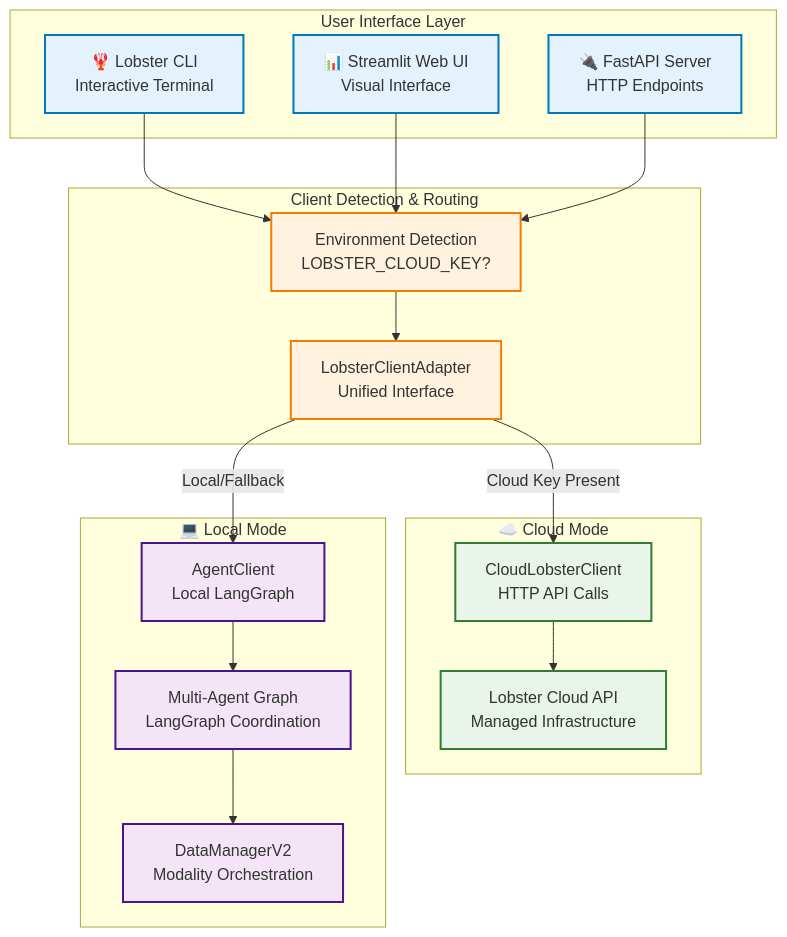
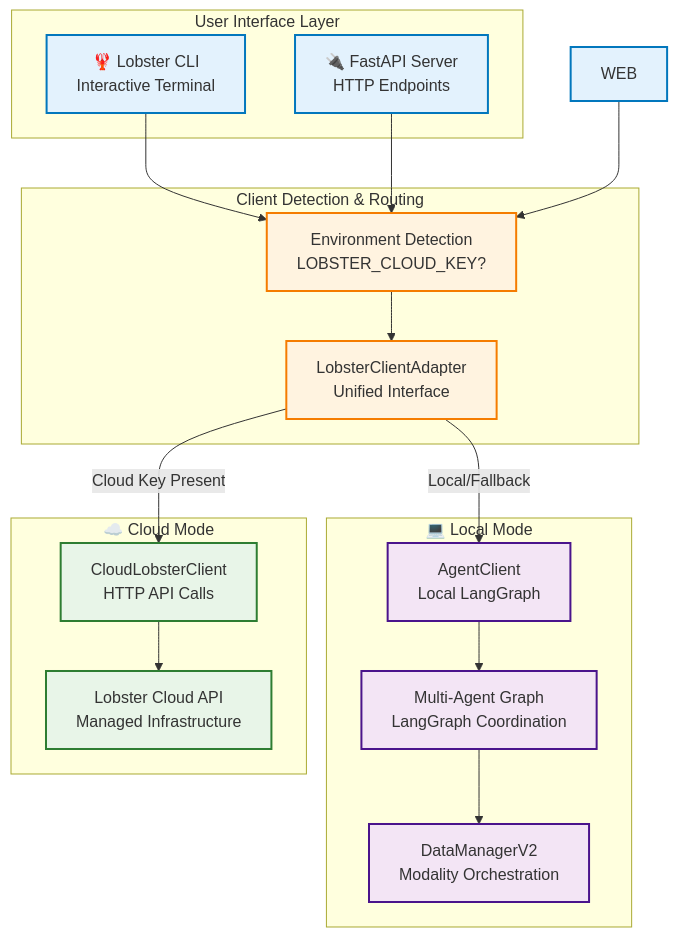
Before and after one commit to the-omics-os/lobster: the first of 5 diagrams in wiki/18-architecture-overview.md, drawn with Mermaid. The commit also changed other lines of this file and 5 other files, not shown here.

````diff
--- a/wiki/18-architecture-overview.md
+++ b/wiki/18-architecture-overview.md
@@ -18,46 +18,45 @@
 ```mermaid
 graph TB
     subgraph "User Interface Layer"
         CLI[🦞 Lobster CLI<br/>Interactive Terminal]
-        WEB[📊 Streamlit Web UI<br/>Visual Interface]
         API[🔌 FastAPI Server<br/>HTTP Endpoints]
     end
 
     subgraph "Client Detection & Routing"
         DETECT[Environment Detection<br/>LOBSTER_CLOUD_KEY?]
         ADAPTER[LobsterClientAdapter<br/>Unified Interface]
     end
 
     subgraph "☁️ Cloud Mode"
         CLOUD_CLIENT[CloudLobsterClient<br/>HTTP API Calls]
         CLOUD_API[Lobster Cloud API<br/>Managed Infrastructure]
     end
 
     subgraph "💻 Local Mode"
         LOCAL_CLIENT[AgentClient<br/>Local LangGraph]
         AGENT_GRAPH[Multi-Agent Graph<br/>LangGraph Coordination]
         DATA_MANAGER[DataManagerV2<br/>Modality Orchestration]
     end
 
     CLI --> DETECT
     WEB --> DETECT
     API --> DETECT
 
     DETECT --> ADAPTER
     ADAPTER --> |Cloud Key Present| CLOUD_CLIENT
     ADAPTER --> |Local/Fallback| LOCAL_CLIENT
 
     CLOUD_CLIENT --> CLOUD_API
     LOCAL_CLIENT --> AGENT_GRAPH
     AGENT_GRAPH --> DATA_MANAGER
 
     classDef interface fill:#e3f2fd,stroke:#0277bd,stroke-width:2px
     classDef detection fill:#fff3e0,stroke:#f57c00,stroke-width:2px
     classDef cloud fill:#e8f5e8,stroke:#2e7d32,stroke-width:2px
     classDef local fill:#f3e5f5,stroke:#4a148c,stroke-width:2px
 
     class CLI,WEB,API interface
     class DETECT,ADAPTER detection
     class CLOUD_CLIENT,CLOUD_API cloud
     class LOCAL_CLIENT,AGENT_GRAPH,DATA_MANAGER local
 ```
````
